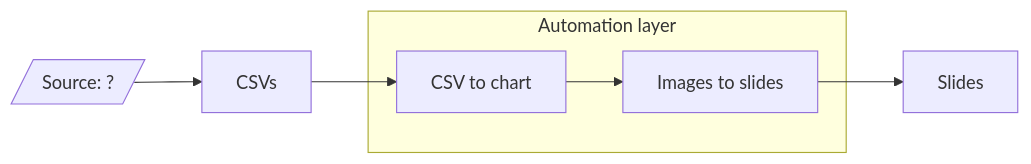
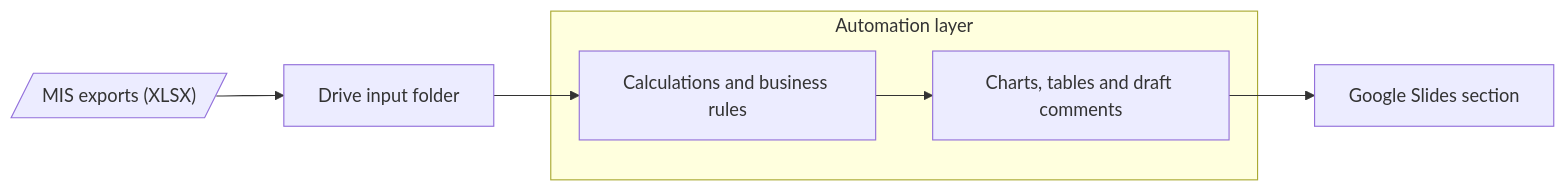
One commit to hjoaquim/lidl-automation changed the diagram in README.md. Above: the diagram before and after it, drawn with Mermaid. The commit also changed other lines of this file and 4 other files, not shown here.

````diff
--- a/README.md
+++ b/README.md
@@ -7,11 +7,11 @@
 ```mermaid
 flowchart LR
-    src[/"Source: ?"/] --> csv[CSVs]
+    mis[/"MIS exports (XLSX)"/] --> input[Drive input folder]
 
     subgraph auto [Automation layer]
-        chart[CSV to chart] --> imgs[Images to slides]
+        calc[Calculations and business rules] --> visuals[Charts, tables and draft comments]
     end
 
-    csv --> chart
-    imgs --> slides[Slides]
+    input --> calc
+    visuals --> slides[Google Slides section]
 ```
````
